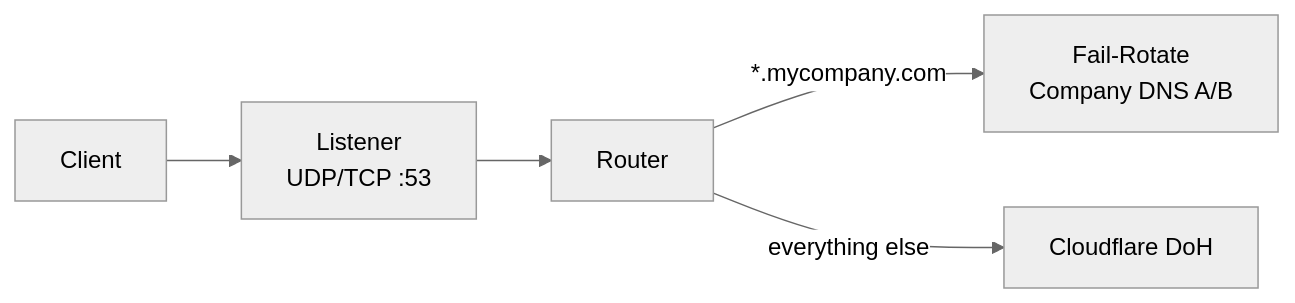
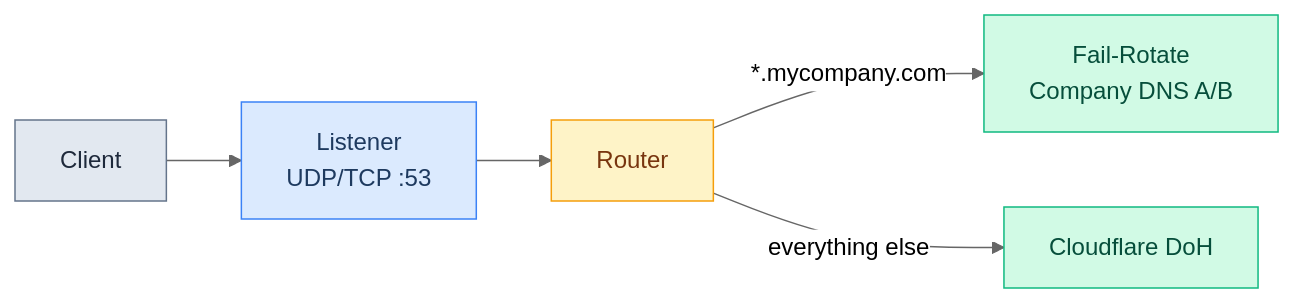
One commit to folbricht/routedns changed the second of 5 diagrams in README.md. Above: the diagram before and after it, drawn with Mermaid (neutral theme). The commit also changed other lines of this file, not shown here.

Commit message:
Add color to mermaid diagrams

````diff
--- a/README.md
+++ b/README.md
@@ -136,7 +144,15 @@
 ```mermaid
 graph LR
     C[Client] --> L[Listener<br/>UDP/TCP :53]
     L --> RT[Router]
     RT -->|*.mycompany.com| CO[Fail-Rotate<br/>Company DNS A/B]
     RT -->|everything else| CF[Cloudflare DoH]
+    classDef ext fill:#e2e8f0,stroke:#64748b,color:#1e293b
+    classDef listen fill:#dbeafe,stroke:#3b82f6,color:#1e3a5f
+    classDef proc fill:#fef3c7,stroke:#f59e0b,color:#78350f
+    classDef resolve fill:#d1fae5,stroke:#10b981,color:#064e3b
+    class C ext
+    class L listen
+    class RT proc
+    class CO,CF resolve
 ```
````
